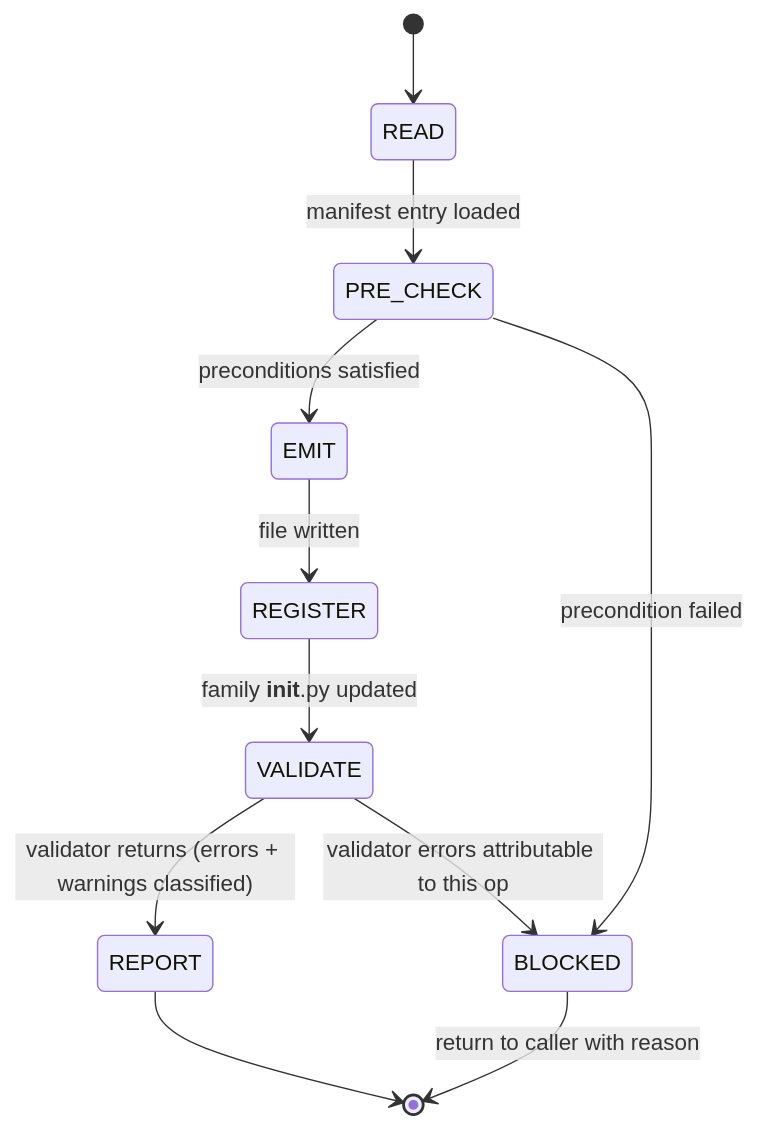
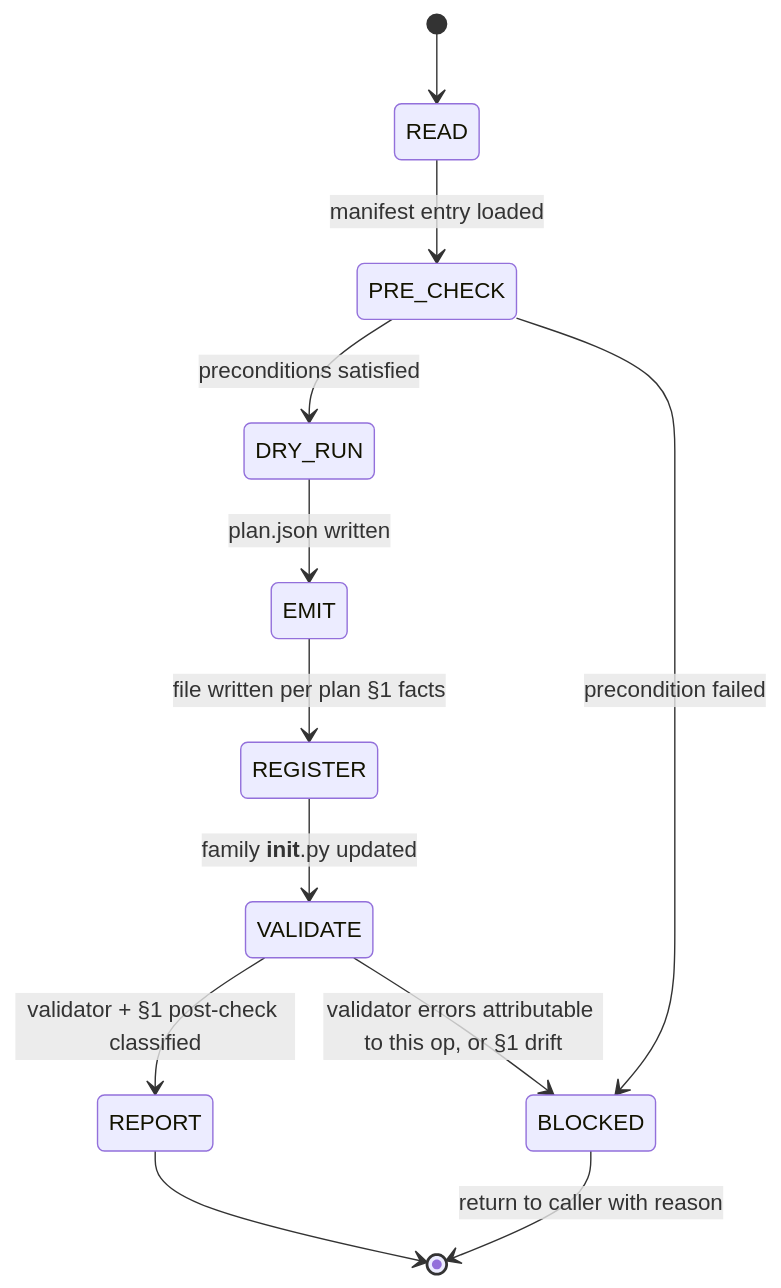
Before and after one commit to tile-ai/TileOPs: the diagram in .claude/skills/op-scaffold/SKILL.md, drawn with Mermaid. The commit also changed other lines of this file and 1 other file, not shown here.

First line of the commit message:
[Feat][OPS] add DRY_RUN self-audit phase to op-scaffold

````diff
--- a/.claude/skills/op-scaffold/SKILL.md
+++ b/.claude/skills/op-scaffold/SKILL.md
@@ -25,13 +25,14 @@
 ```mermaid
 stateDiagram-v2
     [*] --> READ
     READ --> PRE_CHECK: manifest entry loaded
-    PRE_CHECK --> EMIT: preconditions satisfied
+    PRE_CHECK --> DRY_RUN: preconditions satisfied
     PRE_CHECK --> BLOCKED: precondition failed
-    EMIT --> REGISTER: file written
+    DRY_RUN --> EMIT: plan.json written
+    EMIT --> REGISTER: file written per plan §1 facts
     REGISTER --> VALIDATE: family __init__.py updated
-    VALIDATE --> REPORT: validator returns (errors + warnings classified)
-    VALIDATE --> BLOCKED: validator errors attributable to this op
+    VALIDATE --> REPORT: validator + §1 post-check classified
+    VALIDATE --> BLOCKED: validator errors attributable to this op, or §1 drift
     REPORT --> [*]
     BLOCKED --> [*]: return to caller with reason
 ```
````
